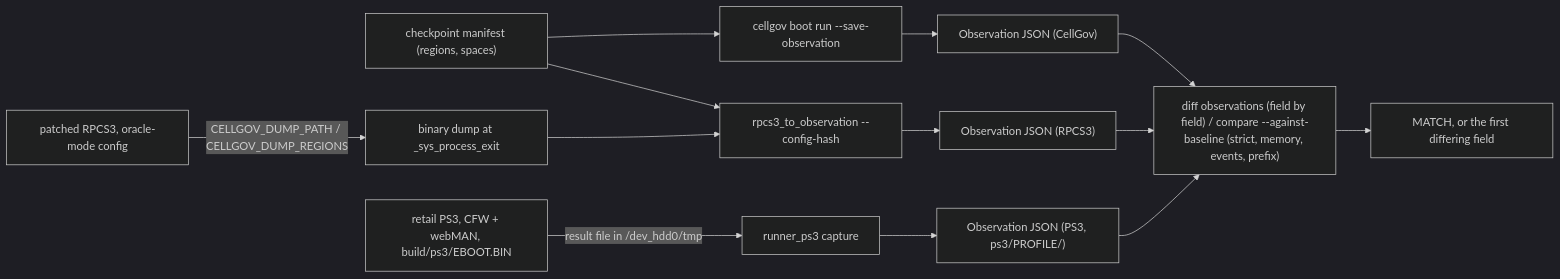
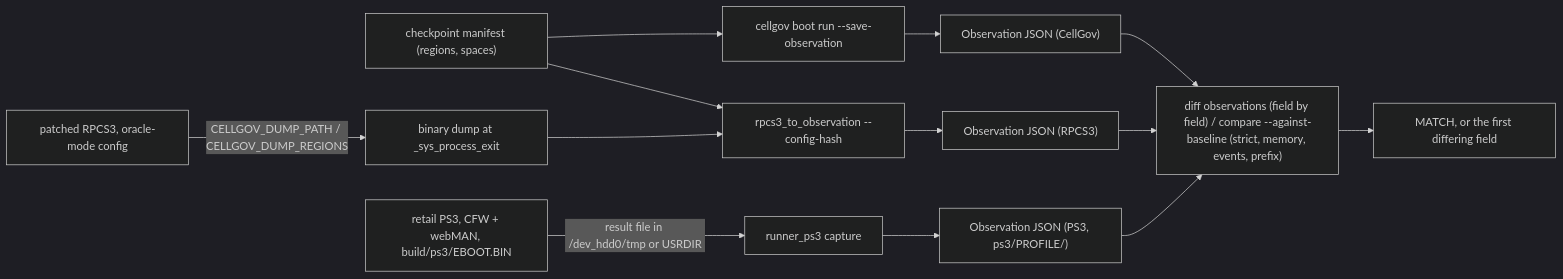
Before and after one commit to RoyalAce22/CellGov: the first of 2 diagrams in docs/architecture/comparison.md, drawn with Mermaid (dark theme). The commit also changed other lines of this file and 33 other files, not shown here.

Commit message:
feat(runner): run probes without root and fetch results from USRDIR

````diff
--- a/docs/architecture/comparison.md
+++ b/docs/architecture/comparison.md
@@ -14,15 +14,15 @@
 ```mermaid
 flowchart LR
   man["checkpoint manifest (regions, spaces)"] --> cg
   man --> br
   cg["cellgov boot run --save-observation"] --> oc["Observation JSON (CellGov)"]
   r3["patched RPCS3, oracle-mode config"] -->|"CELLGOV_DUMP_PATH / CELLGOV_DUMP_REGIONS"| dump["binary dump at _sys_process_exit"]
   dump --> br["rpcs3_to_observation --config-hash"]
   br --> orr["Observation JSON (RPCS3)"]
-  ps3["retail PS3, CFW + webMAN, build/ps3/EBOOT.BIN"] -->|"result file in /dev_hdd0/tmp"| rp["runner_ps3 capture"]
+  ps3["retail PS3, CFW + webMAN, build/ps3/EBOOT.BIN"] -->|"result file in /dev_hdd0/tmp or USRDIR"| rp["runner_ps3 capture"]
   rp --> ops["Observation JSON (PS3, ps3/PROFILE/)"]
   oc --> cmp["diff observations (field by field) / compare --against-baseline (strict, memory, events, prefix)"]
   orr --> cmp
   ops --> cmp
   cmp --> out["MATCH, or the first differing field"]
 ```
````
